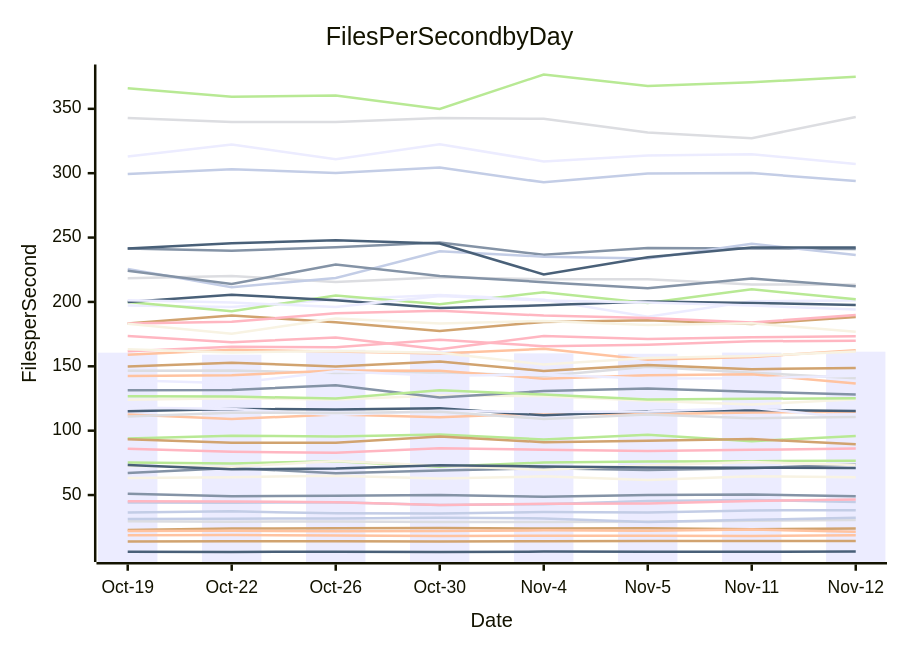
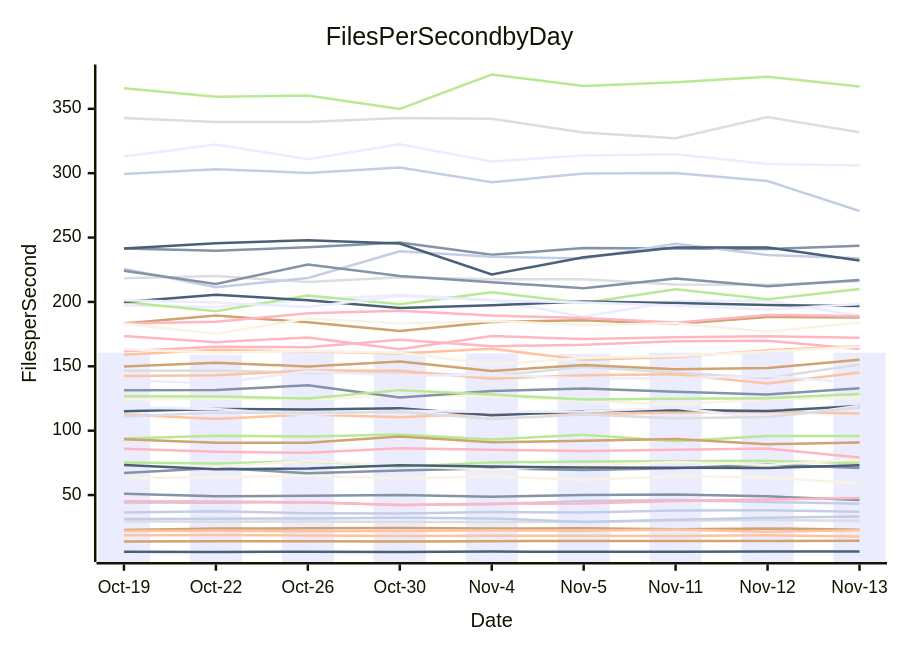
One commit to streetsidesoftware/cspell changed the diagram in perf-report.md. Above: the diagram before and after it, drawn with Mermaid. The commit also changed other lines of this file and 1 other file, not shown here.

````diff
--- a/perf-report.md
+++ b/perf-report.md
@@ -10,57 +10,57 @@
 ```mermaid
 xychart-beta
     title Files Per Second by Day
     y-axis Files per Second
-    x-axis Date [Oct-19, Oct-22, Oct-26, Oct-30, Nov-4, Nov-5, Nov-11, Nov-12]
-    bar [160.58, 159.03, 162.88, 161.94, 160.02, 159.72, 160.65, 161.35]
-    line [50.97, 49.03, 49.37, 49.99, 48.68, 50.03, 50.42, 49.00]
-    line [112.56, 109.04, 112.63, 110.40, 113.53, 112.85, 114.15, 114.65]
-    line [146.50, 146.67, 144.85, 145.45, 142.42, 149.63, 145.08, 140.78]
-    line [93.97, 96.00, 95.45, 97.05, 93.17, 96.79, 91.80, 95.95]
-    line [22.78, 23.92, 24.17, 24.43, 23.95, 24.20, 23.49, 24.08]
-    line [36.49, 37.33, 35.82, 35.71, 36.86, 36.50, 38.05, 38.19]
-    line [161.71, 165.23, 164.80, 170.61, 165.61, 166.70, 169.45, 169.81]
-    line [6.02, 5.75, 6.03, 5.80, 6.05, 5.91, 5.92, 6.05]
-    line [63.29, 63.79, 65.07, 62.75, 64.51, 61.69, 64.67, 63.79]
-    line [197.32, 196.05, 201.96, 205.39, 201.71, 188.42, 200.46, 201.07]
-    line [67.05, 71.08, 67.00, 69.09, 70.86, 69.37, 70.88, 73.81]
-    line [18.69, 19.00, 18.63, 18.25, 18.44, 18.38, 18.23, 18.67]
-    line [29.58, 29.31, 29.41, 29.14, 29.07, 29.19, 29.96, 30.60]
-    line [75.28, 74.51, 76.18, 72.03, 75.21, 76.09, 76.34, 76.58]
-    line [93.37, 90.70, 90.60, 95.53, 91.04, 92.11, 93.46, 89.53]
-    line [44.15, 44.08, 44.42, 42.24, 42.88, 45.37, 46.20, 44.50]
-    line [173.59, 168.67, 172.42, 163.25, 173.61, 171.18, 172.63, 173.35]
-    line [115.01, 116.88, 116.53, 117.43, 111.89, 115.01, 116.13, 115.22]
-    line [123.99, 125.15, 124.19, 127.28, 126.86, 123.18, 120.25, 124.45]
-    line [118.00, 116.85, 112.16, 115.50, 114.45, 114.87, 117.85, 109.38]
-    line [131.49, 131.59, 135.21, 125.70, 130.73, 132.76, 130.23, 128.16]
-    line [22.11, 22.28, 21.78, 22.12, 22.59, 22.34, 23.16, 21.54]
-    line [342.86, 339.81, 339.82, 342.79, 342.26, 331.64, 327.21, 343.58]
-    line [199.89, 192.85, 204.98, 198.27, 207.58, 199.26, 209.84, 202.01]
-    line [149.81, 152.74, 149.93, 153.73, 146.39, 151.10, 147.79, 148.60]
-    line [299.41, 303.13, 300.22, 304.34, 292.89, 299.81, 300.08, 293.90]
-    line [45.18, 45.07, 44.31, 42.25, 43.22, 43.49, 45.34, 46.46]
-    line [199.93, 205.59, 201.31, 195.27, 197.35, 200.31, 199.19, 197.63]
-    line [72.64, 71.96, 76.44, 72.80, 69.62, 72.93, 75.62, 73.39]
-    line [201.34, 199.55, 196.07, 204.60, 201.12, 199.63, 197.18, 194.05]
-    line [241.48, 239.78, 242.41, 246.20, 236.64, 241.81, 241.59, 241.14]
-    line [158.95, 162.77, 161.40, 160.02, 163.60, 155.05, 157.20, 162.55]
-    line [218.31, 220.10, 215.49, 219.14, 217.54, 217.64, 213.57, 213.32]
-    line [126.74, 126.46, 125.04, 131.49, 128.05, 124.13, 124.73, 125.27]
-    line [183.26, 189.47, 184.23, 177.36, 184.49, 185.72, 182.94, 188.28]
-    line [225.66, 211.47, 218.53, 239.32, 235.17, 233.67, 245.24, 236.50]
-    line [183.18, 184.56, 191.17, 193.23, 189.38, 187.47, 183.93, 189.93]
-    line [73.27, 70.11, 70.57, 73.22, 72.23, 71.32, 71.25, 71.08]
-    line [183.04, 175.20, 187.18, 183.23, 185.22, 182.14, 183.42, 176.89]
-    line [313.03, 322.37, 310.93, 322.55, 309.17, 313.73, 314.69, 307.18]
-    line [224.21, 213.97, 229.01, 220.21, 215.36, 210.66, 218.14, 212.13]
-    line [142.44, 143.06, 146.69, 146.59, 140.40, 143.02, 143.74, 136.69]
-    line [111.02, 113.95, 113.80, 114.69, 109.15, 112.48, 109.72, 110.55]
-    line [365.93, 359.34, 360.33, 349.95, 376.67, 367.68, 370.64, 374.87]
-    line [13.81, 14.01, 14.02, 13.97, 14.18, 14.33, 14.26, 14.23]
-    line [31.44, 31.67, 31.78, 32.41, 31.83, 29.14, 30.76, 32.43]
-    line [86.03, 83.62, 82.78, 86.40, 85.26, 84.18, 85.13, 86.07]
-    line [241.58, 245.56, 247.95, 245.41, 221.31, 234.75, 242.27, 242.37]
-    line [163.29, 160.80, 161.82, 160.48, 151.46, 156.36, 158.02, 161.56]
-    line [139.08, 136.76, 146.14, 142.74, 143.48, 140.52, 140.72, 142.75]
+    x-axis Date [Oct-19, Oct-22, Oct-26, Oct-30, Nov-4, Nov-5, Nov-11, Nov-12, Nov-13]
+    bar [160.58, 159.03, 162.88, 161.94, 160.02, 159.72, 160.65, 161.35, 160.47]
+    line [50.97, 49.03, 49.37, 49.99, 48.68, 50.03, 50.42, 49.00, 46.22]
+    line [112.56, 109.04, 112.63, 110.40, 113.53, 112.85, 114.15, 114.65, 113.36]
+    line [146.50, 146.67, 144.85, 145.45, 142.42, 149.63, 145.08, 140.78, 151.35]
+    line [93.97, 96.00, 95.45, 97.05, 93.17, 96.79, 91.80, 95.95, 95.87]
+    line [22.78, 23.92, 24.17, 24.43, 23.95, 24.20, 23.49, 24.08, 23.00]
+    line [36.49, 37.33, 35.82, 35.71, 36.86, 36.50, 38.05, 38.19, 36.99]
+    line [161.71, 165.23, 164.80, 170.61, 165.61, 166.70, 169.45, 169.81, 163.46]
+    line [6.02, 5.75, 6.03, 5.80, 6.05, 5.91, 5.92, 6.05, 6.23]
+    line [63.29, 63.79, 65.07, 62.75, 64.51, 61.69, 64.67, 63.79, 59.02]
+    line [197.32, 196.05, 201.96, 205.39, 201.71, 188.42, 200.46, 201.07, 189.10]
+    line [67.05, 71.08, 67.00, 69.09, 70.86, 69.37, 70.88, 73.81, 71.09]
+    line [18.69, 19.00, 18.63, 18.25, 18.44, 18.38, 18.23, 18.67, 17.83]
+    line [29.58, 29.31, 29.41, 29.14, 29.07, 29.19, 29.96, 30.60, 29.98]
+    line [75.28, 74.51, 76.18, 72.03, 75.21, 76.09, 76.34, 76.58, 74.79]
+    line [93.37, 90.70, 90.60, 95.53, 91.04, 92.11, 93.46, 89.53, 90.84]
+    line [44.15, 44.08, 44.42, 42.24, 42.88, 45.37, 46.20, 44.50, 43.23]
+    line [173.59, 168.67, 172.42, 163.25, 173.61, 171.18, 172.63, 173.35, 172.14]
+    line [115.01, 116.88, 116.53, 117.43, 111.89, 115.01, 116.13, 115.22, 119.08]
+    line [123.99, 125.15, 124.19, 127.28, 126.86, 123.18, 120.25, 124.45, 125.35]
+    line [118.00, 116.85, 112.16, 115.50, 114.45, 114.87, 117.85, 109.38, 119.29]
+    line [131.49, 131.59, 135.21, 125.70, 130.73, 132.76, 130.23, 128.16, 133.01]
+    line [22.11, 22.28, 21.78, 22.12, 22.59, 22.34, 23.16, 21.54, 22.68]
+    line [342.86, 339.81, 339.82, 342.79, 342.26, 331.64, 327.21, 343.58, 331.81]
+    line [199.89, 192.85, 204.98, 198.27, 207.58, 199.26, 209.84, 202.01, 209.99]
+    line [149.81, 152.74, 149.93, 153.73, 146.39, 151.10, 147.79, 148.60, 155.08]
+    line [299.41, 303.13, 300.22, 304.34, 292.89, 299.81, 300.08, 293.90, 270.62]
+    line [45.18, 45.07, 44.31, 42.25, 43.22, 43.49, 45.34, 46.46, 47.61]
+    line [199.93, 205.59, 201.31, 195.27, 197.35, 200.31, 199.19, 197.63, 196.85]
+    line [72.64, 71.96, 76.44, 72.80, 69.62, 72.93, 75.62, 73.39, 77.86]
+    line [201.34, 199.55, 196.07, 204.60, 201.12, 199.63, 197.18, 194.05, 198.31]
+    line [241.48, 239.78, 242.41, 246.20, 236.64, 241.81, 241.59, 241.14, 243.55]
+    line [158.95, 162.77, 161.40, 160.02, 163.60, 155.05, 157.20, 162.55, 165.62]
+    line [218.31, 220.10, 215.49, 219.14, 217.54, 217.64, 213.57, 213.32, 216.11]
+    line [126.74, 126.46, 125.04, 131.49, 128.05, 124.13, 124.73, 125.27, 128.39]
+    line [183.26, 189.47, 184.23, 177.36, 184.49, 185.72, 182.94, 188.28, 187.98]
+    line [225.66, 211.47, 218.53, 239.32, 235.17, 233.67, 245.24, 236.50, 233.98]
+    line [183.18, 184.56, 191.17, 193.23, 189.38, 187.47, 183.93, 189.93, 188.83]
+    line [73.27, 70.11, 70.57, 73.22, 72.23, 71.32, 71.25, 71.08, 73.06]
+    line [183.04, 175.20, 187.18, 183.23, 185.22, 182.14, 183.42, 176.89, 184.07]
+    line [313.03, 322.37, 310.93, 322.55, 309.17, 313.73, 314.69, 307.18, 306.00]
+    line [224.21, 213.97, 229.01, 220.21, 215.36, 210.66, 218.14, 212.13, 216.95]
+    line [142.44, 143.06, 146.69, 146.59, 140.40, 143.02, 143.74, 136.69, 145.20]
+    line [111.02, 113.95, 113.80, 114.69, 109.15, 112.48, 109.72, 110.55, 118.02]
+    line [365.93, 359.34, 360.33, 349.95, 376.67, 367.68, 370.64, 374.87, 367.41]
+    line [13.81, 14.01, 14.02, 13.97, 14.18, 14.33, 14.26, 14.23, 14.49]
+    line [31.44, 31.67, 31.78, 32.41, 31.83, 29.14, 30.76, 32.43, 33.35]
+    line [86.03, 83.62, 82.78, 86.40, 85.26, 84.18, 85.13, 86.07, 79.22]
+    line [241.58, 245.56, 247.95, 245.41, 221.31, 234.75, 242.27, 242.37, 232.19]
+    line [163.29, 160.80, 161.82, 160.48, 151.46, 156.36, 158.02, 161.56, 165.28]
+    line [139.08, 136.76, 146.14, 142.74, 143.48, 140.52, 140.72, 142.75, 136.72]
 ```
````
